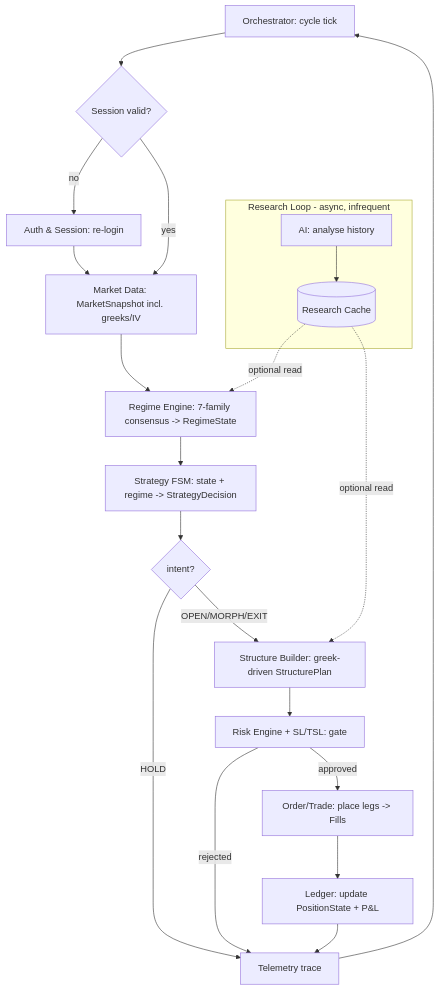
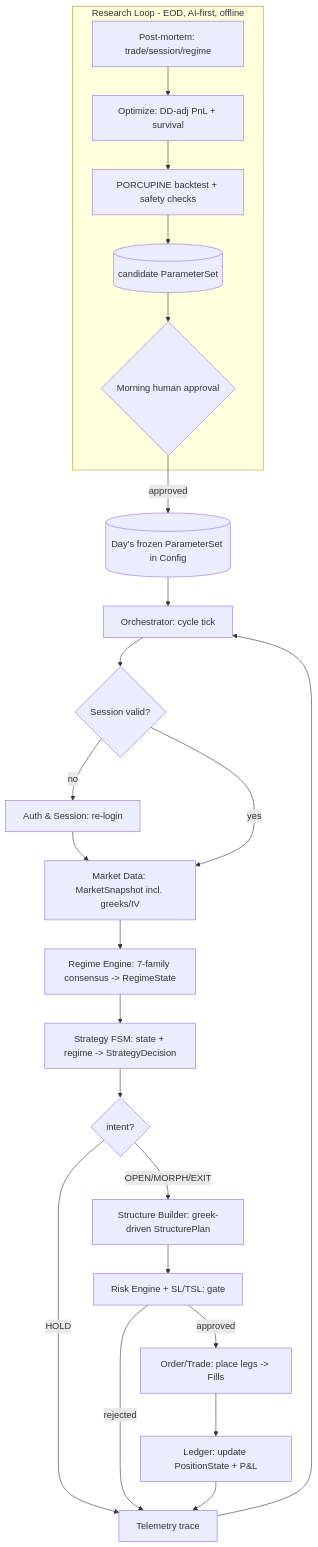
One commit to venkatseshadri/ATOM changed the diagram in TECHNICAL_DESIGN.md. Above: the diagram before and after it, drawn with Mermaid. The commit also changed other lines of this file and 2 other files, not shown here.

First line of the commit message:
v0.6 — post-mortem / optimization / feedback loop + connect-back

````diff
--- a/TECHNICAL_DESIGN.md
+++ b/TECHNICAL_DESIGN.md
@@ -346,21 +359,24 @@
 ```mermaid
 flowchart TD
     A[Orchestrator: cycle tick] --> B{Session valid?}
     B -- no --> B1[Auth & Session: re-login] --> C
     B -- yes --> C[Market Data: MarketSnapshot incl. greeks/IV]
     C --> D[Regime Engine: 7-family consensus -> RegimeState]
     D --> E[Strategy FSM: state + regime -> StrategyDecision]
     E --> F{intent?}
     F -- HOLD --> Z[Telemetry trace] --> A
     F -- OPEN/MORPH/EXIT --> G[Structure Builder: greek-driven StructurePlan]
     G --> H[Risk Engine + SL/TSL: gate]
     H -- rejected --> Z
     H -- approved --> I[Order/Trade: place legs -> Fills]
     I --> J[Ledger: update PositionState + P&L]
     J --> Z
-    subgraph slow[Research Loop - async, infrequent]
-      R[AI: analyse history] --> RC[(Research Cache)]
+    subgraph slow[Research Loop - EOD, AI-first, offline]
+      R[Post-mortem: trade/session/regime] --> O[Optimize: DD-adj PnL + survival]
+      O --> PC[PORCUPINE backtest + safety checks]
+      PC --> PS[(candidate ParameterSet)]
+      PS --> AP{Morning human approval}
     end
-    RC -. optional read .-> D
-    RC -. optional read .-> G
+    AP -- approved --> CFG[(Day's frozen ParameterSet in Config)]
+    CFG --> A
 ```
````
